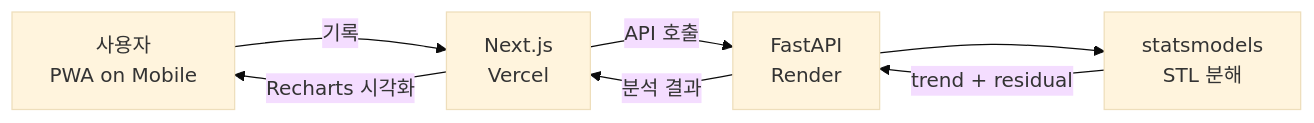
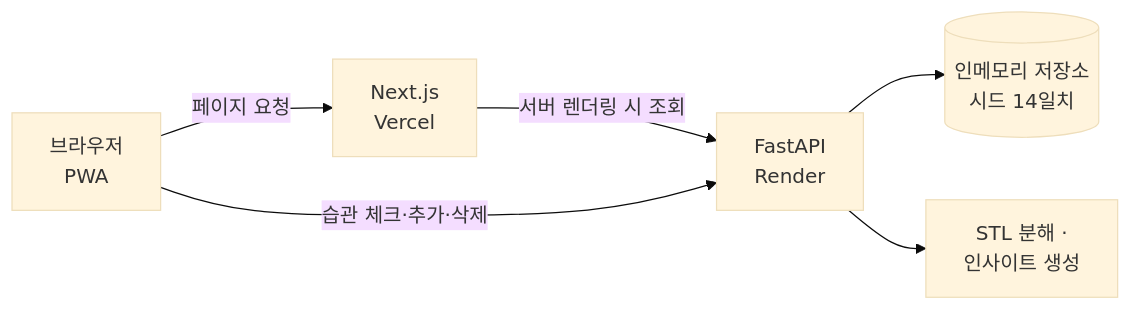
One commit to KimHands/growthlens changed the diagram in README.md. Above: the diagram before and after it, drawn with Mermaid (base theme). The commit also changed other lines of this file and 8 other files, not shown here.

````diff
--- a/README.md
+++ b/README.md
@@ -52,14 +110,14 @@
 ```mermaid
 flowchart LR
-    User[사용자<br/>PWA on Mobile]
-    Vercel[Next.js<br/>Vercel]
-    Render[FastAPI<br/>Render]
-    STL[statsmodels<br/>STL 분해]
+    Browser[브라우저<br/>PWA]
+    Next[Next.js<br/>Vercel]
+    API[FastAPI<br/>Render]
+    STL[STL 분해 ·<br/>인사이트 생성]
+    Store[(인메모리 저장소<br/>시드 14일치)]
 
-    User -->|기록| Vercel
-    Vercel -->|API 호출| Render
-    Render --> STL
-    STL -->|trend + residual| Render
-    Render -->|분석 결과| Vercel
-    Vercel -->|Recharts 시각화| User
+    Browser -->|페이지 요청| Next
+    Next -->|서버 렌더링 시 조회| API
+    Browser -->|습관 체크·추가·삭제| API
+    API --> Store
+    API --> STL
 ```
````
